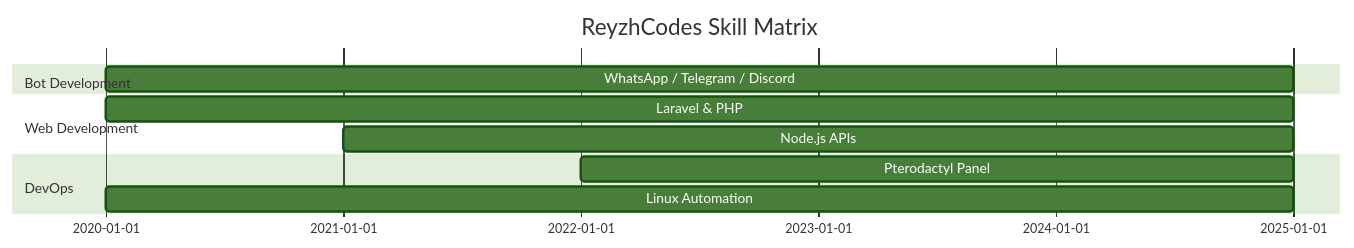
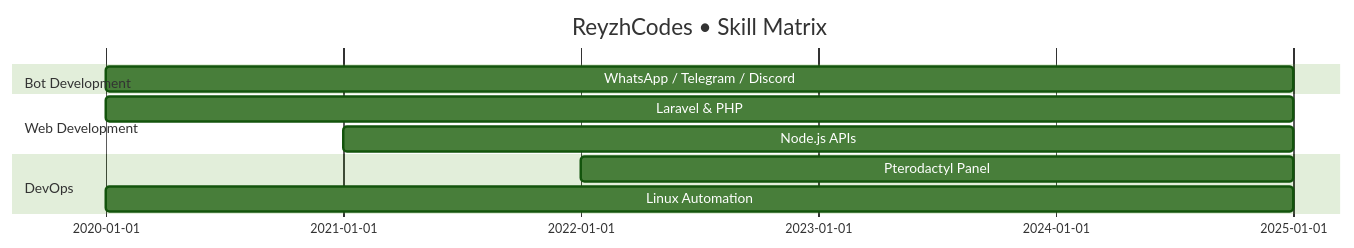
Before and after one commit to reyzhcodesid/reyzhcodesid: the second of 2 diagrams in README.md, drawn with Mermaid (forest theme). The commit also changed other lines of this file, not shown here.

````diff
--- a/README.md
+++ b/README.md
@@ -43,16 +57,16 @@
 ```mermaid
 gantt
-title ReyzhCodes Skill Matrix
+title ReyzhCodes • Skill Matrix
 dateFormat YYYY-MM-DD
 
 section Bot Development
 WhatsApp / Telegram / Discord :2020-01-01, 5y
 
 section Web Development
 Laravel & PHP :2020-01-01, 5y
 Node.js APIs :2021-01-01, 4y
 
 section DevOps
 Pterodactyl Panel :2022-01-01, 3y
 Linux Automation :2020-01-01, 5y
 ```
````
